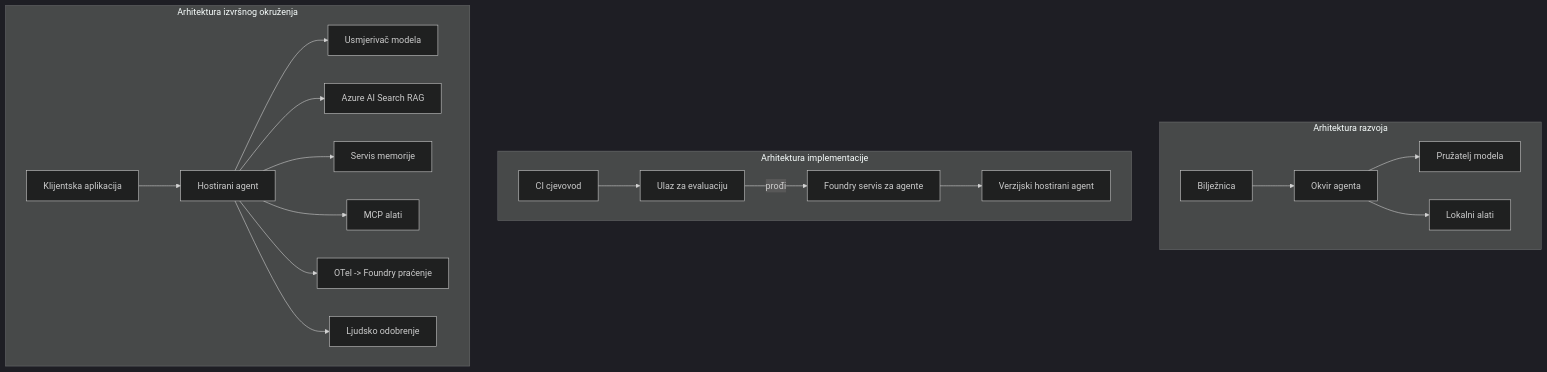
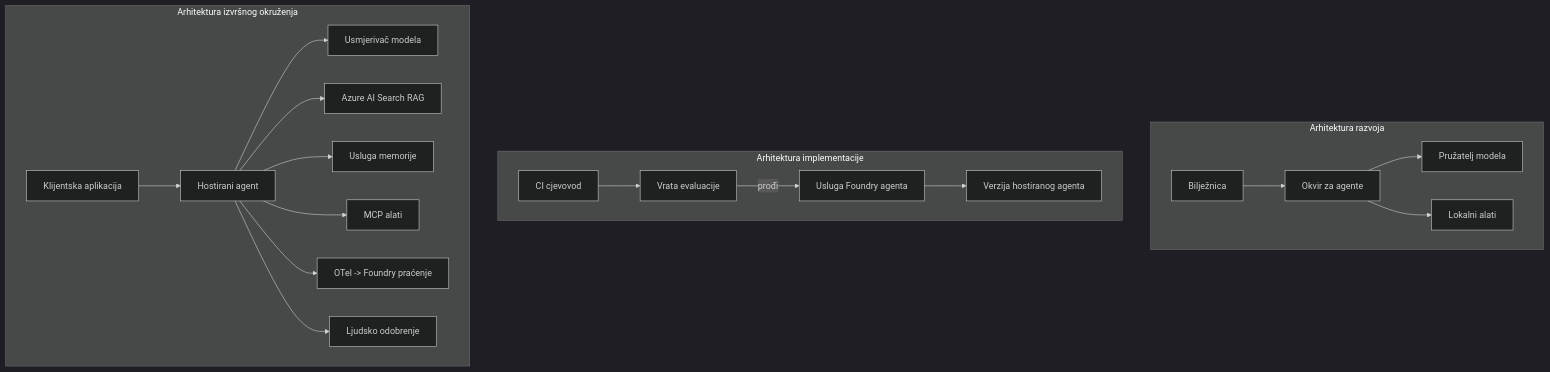
Before and after one commit to gabrielmoreira/agent-skills-mirror: the fourth of 4 diagrams in mirrors/repos/microsoft@ai-agents-for-beginners/translations/hr/16-deploying-scalable-agents/README.md, drawn with Mermaid (dark theme). The commit also changed other lines of this file and 3581 other files, not shown here.

````diff
--- a/mirrors/repos/microsoft@ai-agents-for-beginners/translations/hr/16-deploying-scalable-agents/README.md
+++ b/mirrors/repos/microsoft@ai-agents-for-beginners/translations/hr/16-deploying-scalable-agents/README.md
@@ -185,22 +185,22 @@
 ```mermaid
 flowchart TB
     subgraph Dev[Arhitektura razvoja]
-        D1[Bilježnica] --> D2[Okvir agenta]
+        D1[Bilježnica] --> D2[Okvir za agente]
         D2 --> D3[Pružatelj modela]
         D2 --> D4[Lokalni alati]
     end
     subgraph Deploy[Arhitektura implementacije]
-        E1[CI cjevovod] --> E2[Ulaz za evaluaciju]
-        E2 -->|prođi| E3[Foundry servis za agente]
-        E3 --> E4[Verzijski hostirani agent]
+        E1[CI cjevovod] --> E2[Vrata evaluacije]
+        E2 -->|prođi| E3[Usluga Foundry agenta]
+        E3 --> E4[Verzija hostiranog agenta]
     end
     subgraph Run[Arhitektura izvršnog okruženja]
         F1[Klijentska aplikacija] --> F2[Hostirani agent]
         F2 --> F3[Usmjerivač modela]
         F2 --> F4[Azure AI Search RAG]
-        F2 --> F5[Servis memorije]
+        F2 --> F5[Usluga memorije]
         F2 --> F6[MCP alati]
         F2 --> F7[OTel -> Foundry praćenje]
         F2 --> F8[Ljudsko odobrenje]
     end
 ```
````
